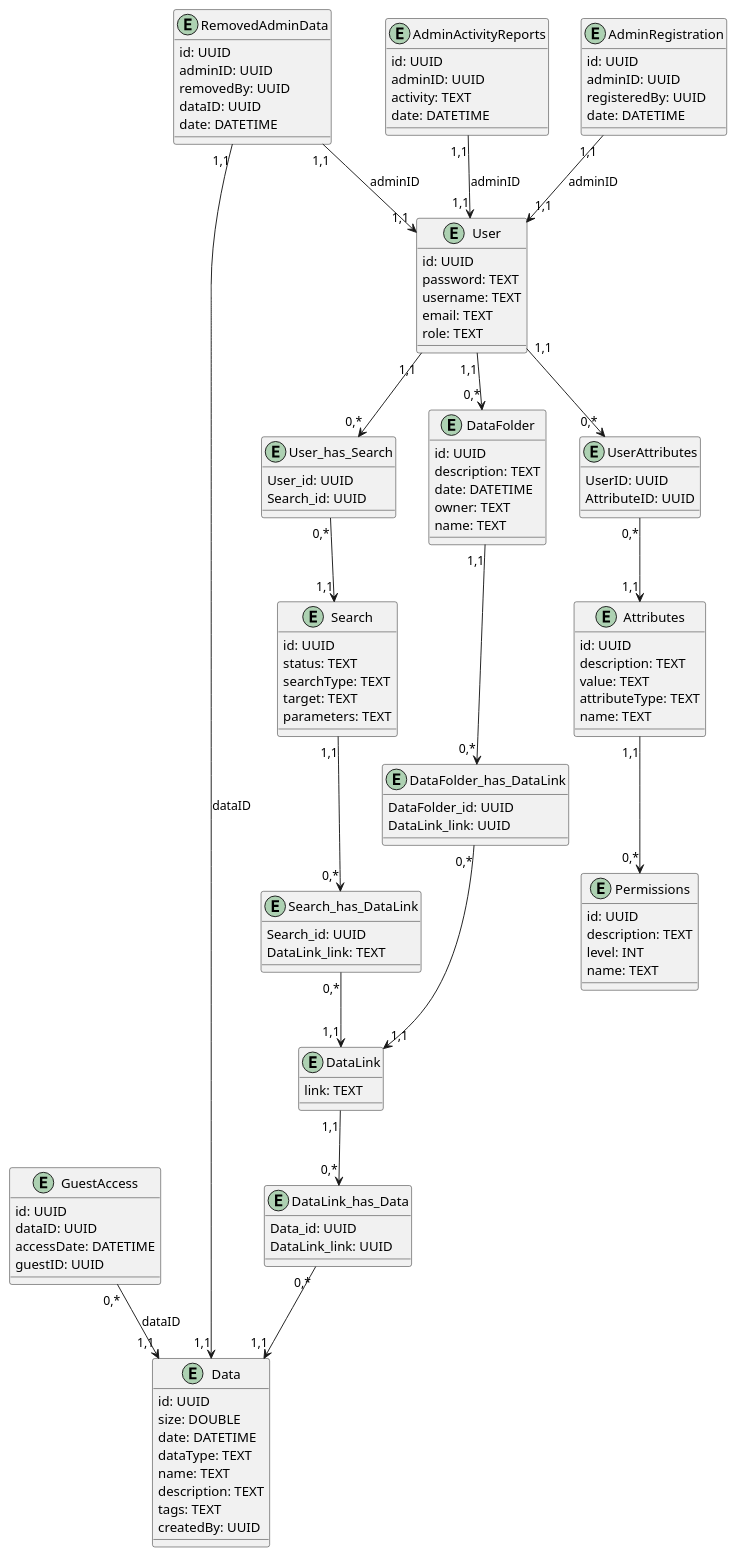
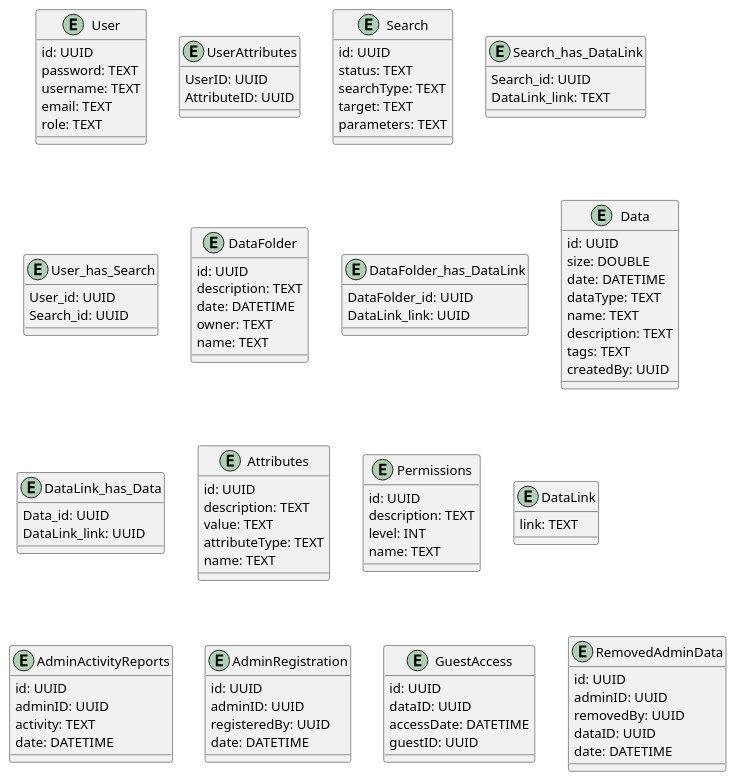
The diagram in docs/design/README.md (nevdaha2103/open_data_management_system), drawn with PlantUML before and after one commit.

Commit message:
last ER-model code update

````diff
--- a/docs/design/README.md
+++ b/docs/design/README.md
@@ -115,25 +115,4 @@
 	dataID: UUID
 	date: DATETIME
 }
-
-User "1,1" --> "0,*" UserAttributes
-User "1,1" --> "0,*" User_has_Search
-User_has_Search "0,*" --> "1,1" Search
-User "1,1" --> "0,*" DataFolder
-Search "1,1" --> "0,*" Search_has_DataLink
-Search_has_DataLink "0,*" --> "1,1" DataLink
-UserAttributes "0,*" --> "1,1" Attributes
-Attributes "1,1" --> "0,*" Permissions
-
-DataFolder "1,1" --> "0,*" DataFolder_has_DataLink
-DataFolder_has_DataLink "0,*" --> "1,1" DataLink
-
-DataLink "1,1" --> "0,*" DataLink_has_Data
-DataLink_has_Data "0,*" --> "1,1" Data
-AdminActivityReports "1,1" --> "1,1" User : adminID
-AdminRegistration "1,1" --> "1,1" User : adminID
-GuestAccess "0,*" --> "1,1" Data : dataID
-RemovedAdminData "1,1" --> "1,1" User : adminID
-RemovedAdminData "1,1" --> "1,1" Data : dataID
-@enduml
 ```
````
